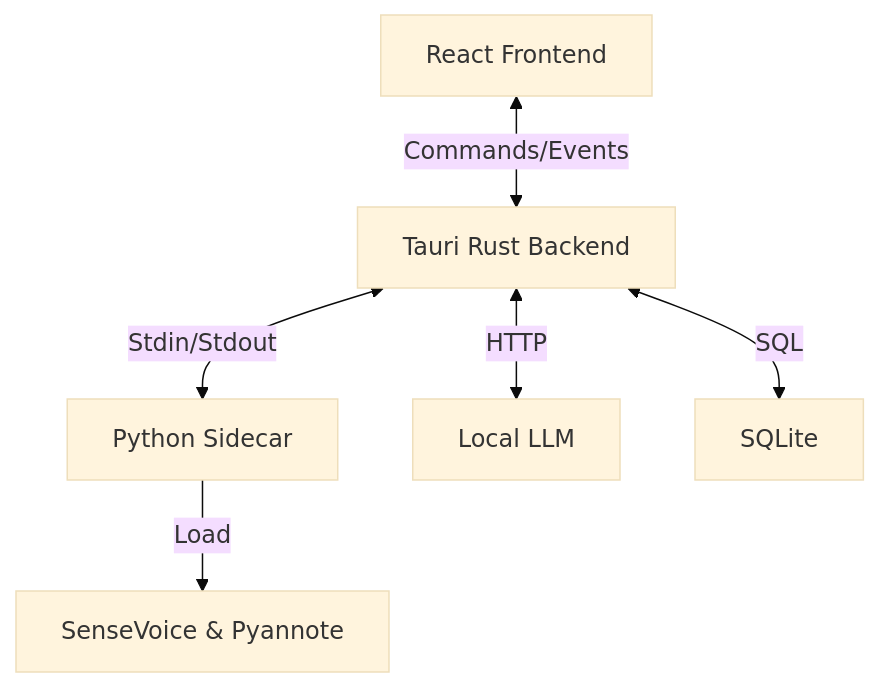
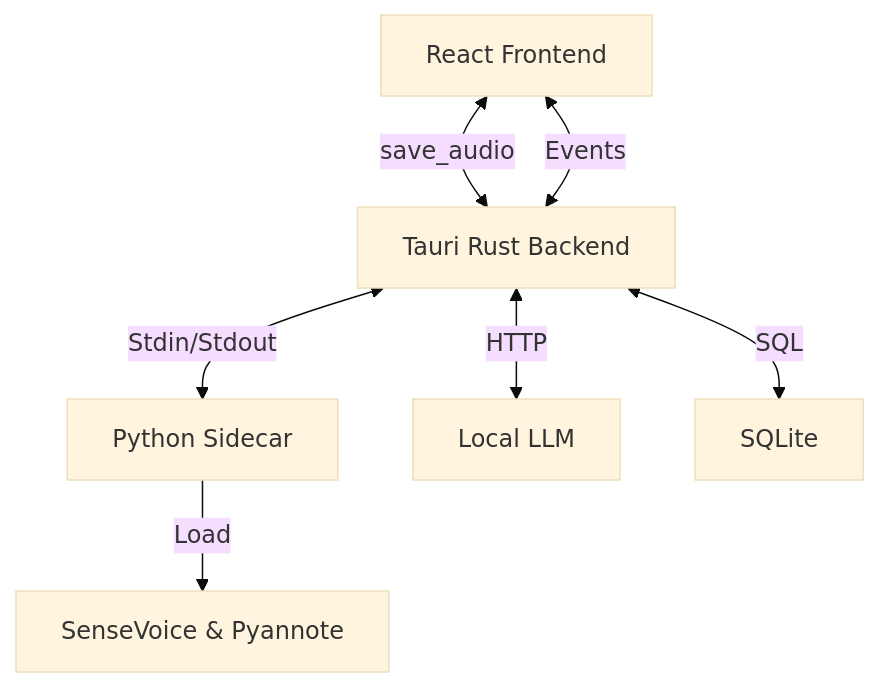
The diagram in README.md (alexanderflisiak/LocalScribe), drawn with Mermaid (base theme) before and after one commit. The commit also changed 12 other files, not shown here.

First line of the commit message:
refactor: replace class-based recorder with useAudioRecorder hook and strict Rust file saving

````diff
--- a/README.md
+++ b/README.md
@@ -76,8 +76,9 @@
 ```mermaid
 graph TD
-    UI[React Frontend] <-->|Commands/Events| Rust[Tauri Rust Backend]
+    UI[React Frontend] <-->|save_audio| Rust[Tauri Rust Backend]
+    Rust <-->|Events| UI
     Rust <-->|Stdin/Stdout| Py[Python Sidecar]
     Py -->|Load| Models[SenseVoice & Pyannote]
     Rust <-->|HTTP| Ollama[Local LLM]
     Rust <-->|SQL| DB[SQLite]
 ```
````
